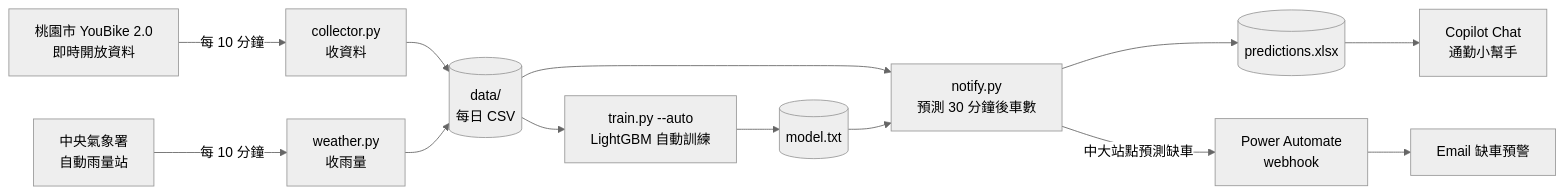
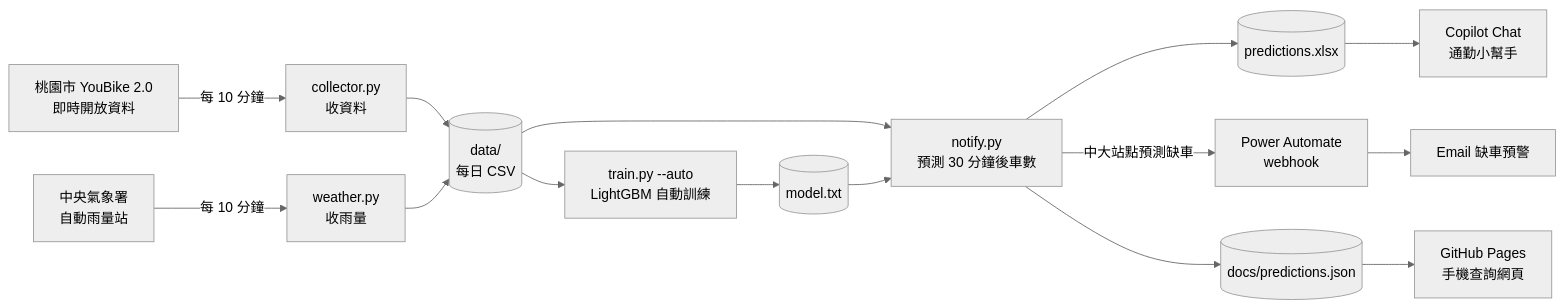
Before and after one commit to MingWei174/ncu-youbike: the diagram in README.md, drawn with Mermaid (neutral theme). The commit also changed other lines of this file and 3 other files, not shown here.

````diff
--- a/README.md
+++ b/README.md
@@ -25,15 +26,17 @@
 ```mermaid
 flowchart LR
     A[桃園市 YouBike 2.0<br/>即時開放資料] -->|每 10 分鐘| B[collector.py<br/>收資料]
     W[中央氣象署<br/>自動雨量站] -->|每 10 分鐘| X[weather.py<br/>收雨量]
     B --> C[(data/<br/>每日 CSV)]
     X --> C
     C --> D[train.py --auto<br/>LightGBM 自動訓練]
     D --> E[(model.txt)]
     C --> F[notify.py<br/>預測 30 分鐘後車數]
     E --> F
     F --> G[(predictions.xlsx)]
     F -->|中大站點預測缺車| H[Power Automate<br/>webhook]
     H --> I[Email 缺車預警]
     G --> J[Copilot Chat<br/>通勤小幫手]
+    F --> K[(docs/predictions.json)]
+    K --> L[GitHub Pages<br/>手機查詢網頁]
 ```
````
